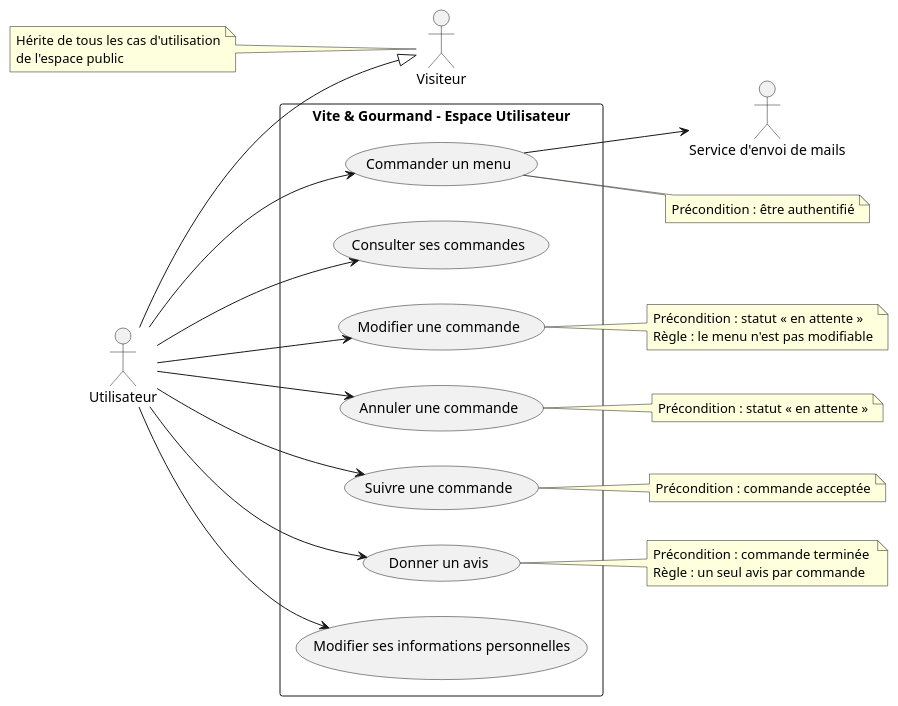
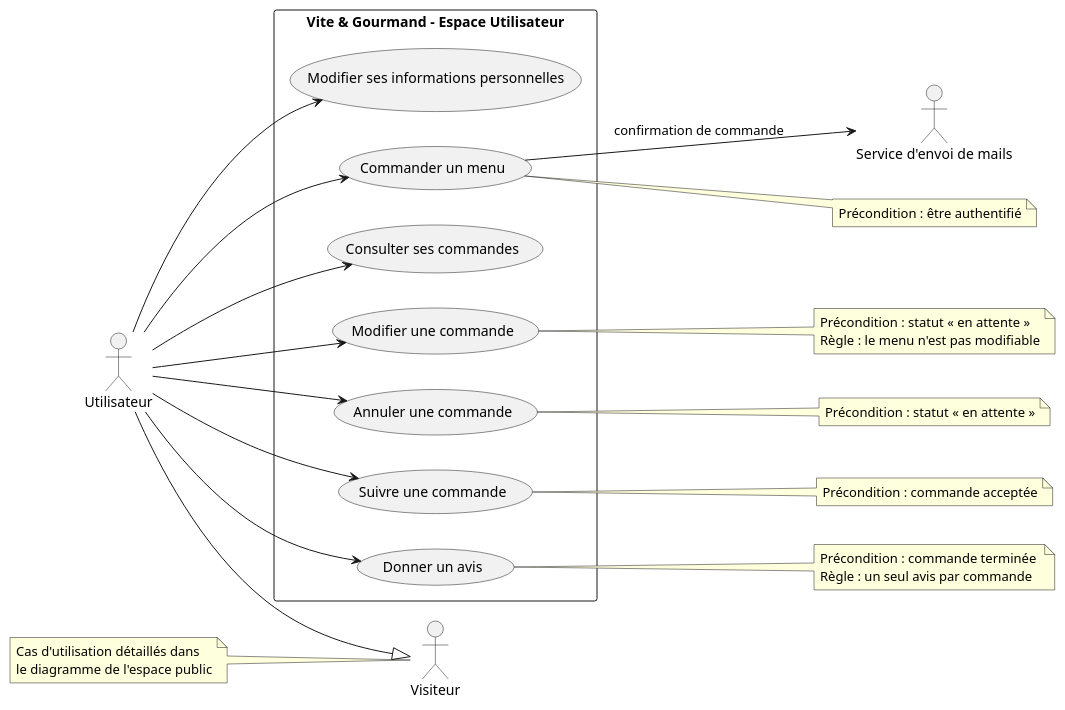
One commit to NicolasMiguelRG/vite_gourmand changed the diagram in docs/diagrammes/cas-utilisation-utilisateur.puml. Above: the diagram before and after it, drawn with PlantUML.

Commit message:
Harmonisation des diagrammes de l'espace employé

```diff
--- a/docs/diagrammes/cas-utilisation-utilisateur.puml
+++ b/docs/diagrammes/cas-utilisation-utilisateur.puml
@@ -1,39 +1,39 @@
 @startuml cas-utilisation-utilisateur 
 left to right direction
 
 actor Utilisateur
 actor Visiteur
 actor "Service d'envoi de mails" as Mail 
-note "Hérite de tous les cas d'utilisation\nde l'espace public" as N1
+note "Cas d'utilisation détaillés dans\nle diagramme de l'espace public" as N1
 
 rectangle "Vite & Gourmand - Espace Utilisateur" {
     usecase "Commander un menu" as UC1
     usecase "Consulter ses commandes" as UC2
     usecase "Modifier une commande" as UC3
     usecase "Annuler une commande" as UC4
     usecase "Suivre une commande" as UC5
     usecase "Donner un avis" as UC6
     usecase "Modifier ses informations personnelles" as UC7
 }
 
 note right of UC1 : Précondition : être authentifié
 note right of UC3 : Précondition : statut « en attente » \nRègle : le menu n'est pas modifiable
 note right of UC4 : Précondition : statut « en attente »
 note right of UC5 : Précondition : commande acceptée
 note right of UC6 : Précondition : commande terminée \nRègle : un seul avis par commande
 
 
 N1 .. Visiteur
 Utilisateur --> UC1
 Utilisateur --> UC2
 Utilisateur --> UC3
 Utilisateur --> UC4
 Utilisateur --> UC5
 Utilisateur --> UC6
 Utilisateur --> UC7
-UC1 --> Mail
+UC1 --> Mail : confirmation de commande
 
 
 Utilisateur --|> Visiteur
 
 @enduml
```
